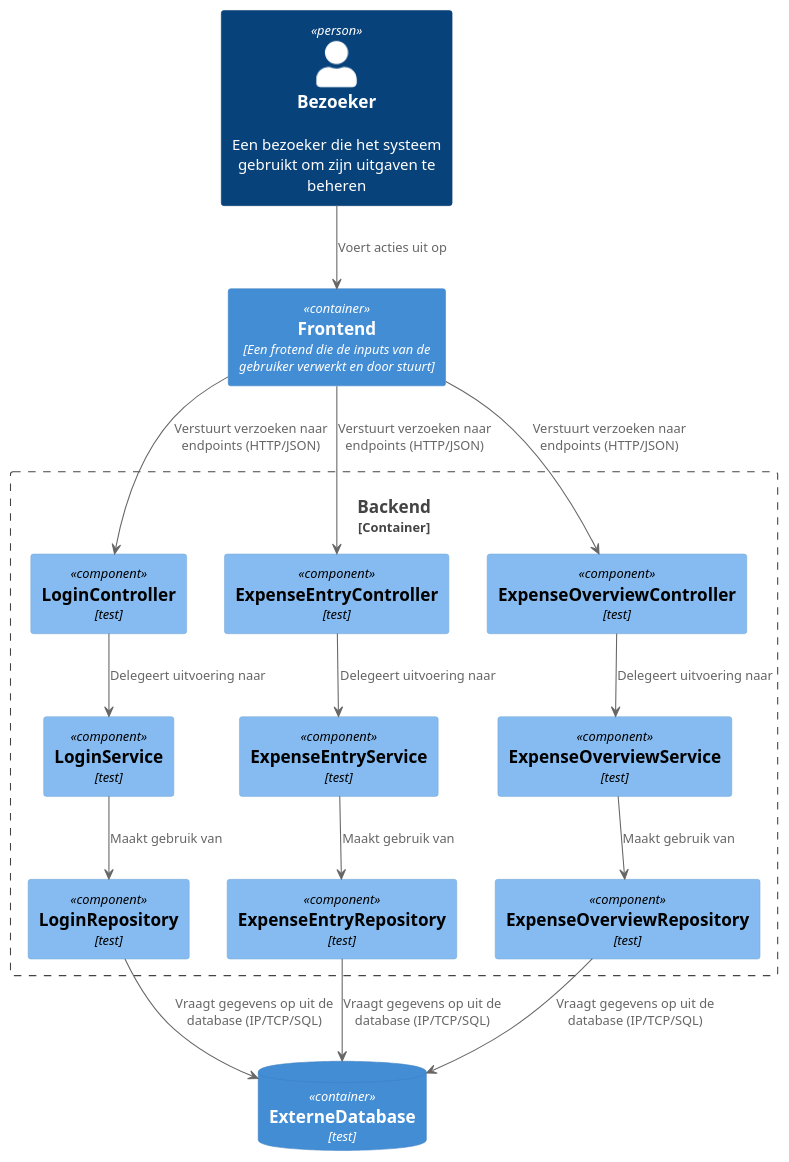
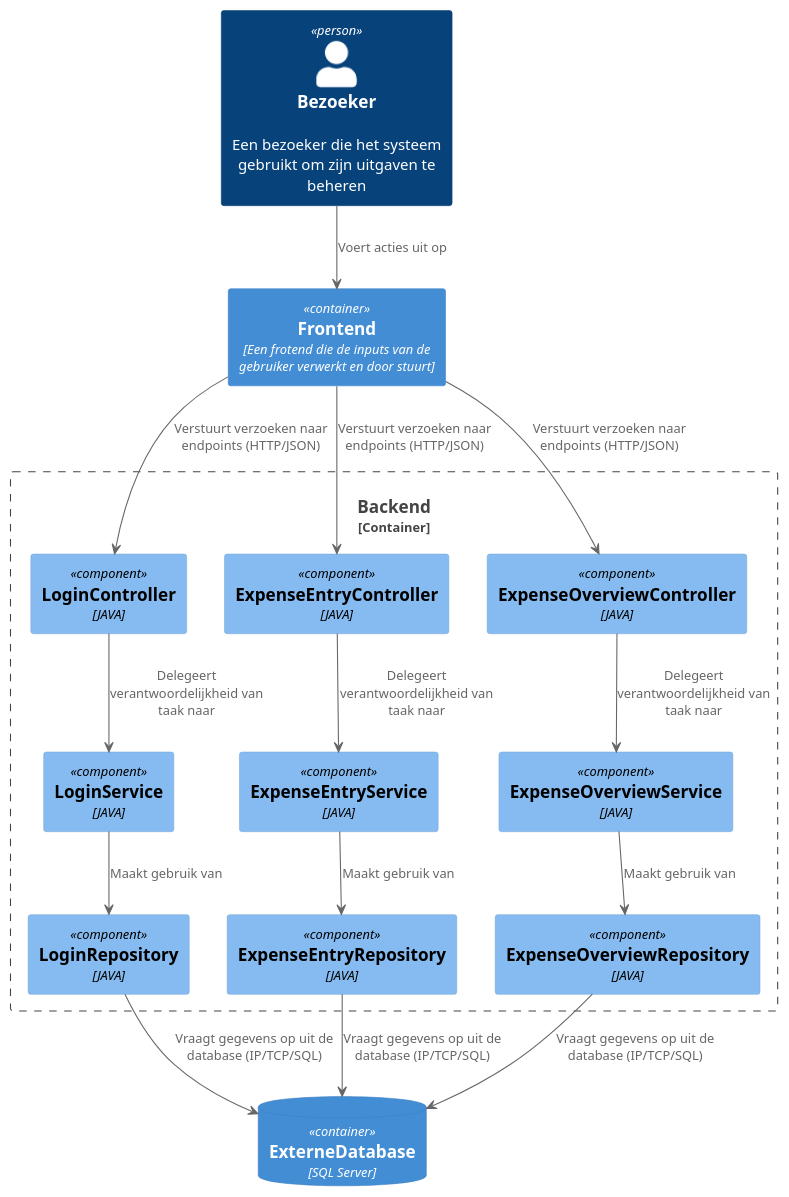
One commit to AIM-ENE-feb25/triptop-groep-b4 changed the diagram in C4_diagrammen/FSWD_component_diagram.puml. Above: the diagram before and after it, drawn with PlantUML.

```diff
--- a/C4_diagrammen/FSWD_component_diagram.puml
+++ b/C4_diagrammen/FSWD_component_diagram.puml
@@ -1,44 +1,44 @@
 @startuml
 !include https://raw.githubusercontent.com/plantuml-stdlib/C4-PlantUML/master/C4_Component.puml
 !include https://raw.githubusercontent.com/plantuml-stdlib/C4-PlantUML/master/C4_Container.puml
 
 
 Person(Bezoeker, "Bezoeker", "Een bezoeker die het systeem gebruikt om zijn uitgaven te beheren")
 Container(Frontend, "Frontend", "Een frotend die de inputs van de gebruiker verwerkt en door stuurt")
 
 Container_Boundary(ContainerBoundary, "Backend") {
 
-Component(LoginController, "LoginController", "test")
-Component(LoginService, "LoginService", "test")
-Component(LoginRepository, "LoginRepository", "test")
+Component(LoginController, "LoginController", "JAVA")
+Component(LoginService, "LoginService", "JAVA")
+Component(LoginRepository, "LoginRepository", "JAVA")
 
-Component(ExpenseEntryController, "ExpenseEntryController", "test")
-Component(ExpenseEntryService, "ExpenseEntryService", "test")
-Component(ExpenseEntryRepository, "ExpenseEntryRepository", "test")
+Component(ExpenseEntryController, "ExpenseEntryController", "JAVA")
+Component(ExpenseEntryService, "ExpenseEntryService", "JAVA")
+Component(ExpenseEntryRepository, "ExpenseEntryRepository", "JAVA")
 
-Component(ExpenseOverviewController, "ExpenseOverviewController", "test")
-Component(ExpenseOverviewService, "ExpenseOverviewService", "test")
-Component(ExpenseOverviewRepository, "ExpenseOverviewRepository", "test")
+Component(ExpenseOverviewController, "ExpenseOverviewController", "JAVA")
+Component(ExpenseOverviewService, "ExpenseOverviewService", "JAVA")
+Component(ExpenseOverviewRepository, "ExpenseOverviewRepository", "JAVA")
                                                   }
 
-ContainerDb(Externe_Database," ExterneDatabase","test")
+ContainerDb(Externe_Database," ExterneDatabase","SQL Server")
 
 Bezoeker --> Frontend: "Voert acties uit op"
 
 Frontend --> LoginController: "Verstuurt verzoeken naar endpoints (HTTP/JSON)"
 Frontend --> ExpenseEntryController: "Verstuurt verzoeken naar endpoints (HTTP/JSON)"
 Frontend --> ExpenseOverviewController: "Verstuurt verzoeken naar endpoints (HTTP/JSON)"
 
-LoginController --> LoginService: "Delegeert uitvoering naar"
+LoginController --> LoginService: "Delegeert verantwoordelijkheid van taak naar"
 LoginService --> LoginRepository: "Maakt gebruik van"
 LoginRepository --> Externe_Database: "Vraagt gegevens op uit de database (IP/TCP/SQL)"
 
-ExpenseEntryController --> ExpenseEntryService: "Delegeert uitvoering naar"
+ExpenseEntryController --> ExpenseEntryService: "Delegeert verantwoordelijkheid van taak naar"
 ExpenseEntryService --> ExpenseEntryRepository: "Maakt gebruik van"
 ExpenseEntryRepository --> Externe_Database: "Vraagt gegevens op uit de database (IP/TCP/SQL)"
 
-ExpenseOverviewController --> ExpenseOverviewService: "Delegeert uitvoering naar"
+ExpenseOverviewController --> ExpenseOverviewService: "Delegeert verantwoordelijkheid van taak naar"
 ExpenseOverviewService --> ExpenseOverviewRepository: "Maakt gebruik van"
 ExpenseOverviewRepository --> Externe_Database: "Vraagt gegevens op uit de database (IP/TCP/SQL)"
 
 @enduml
```
